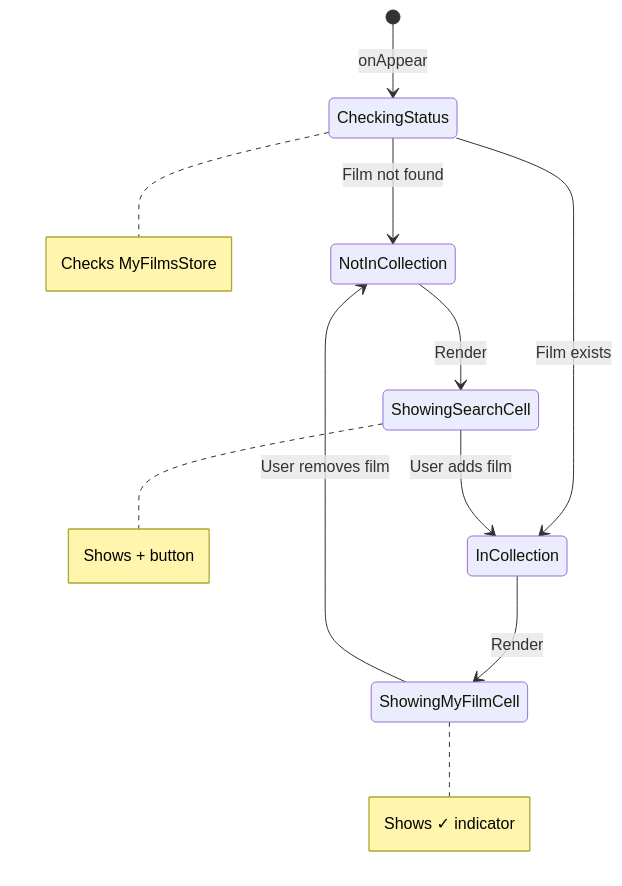
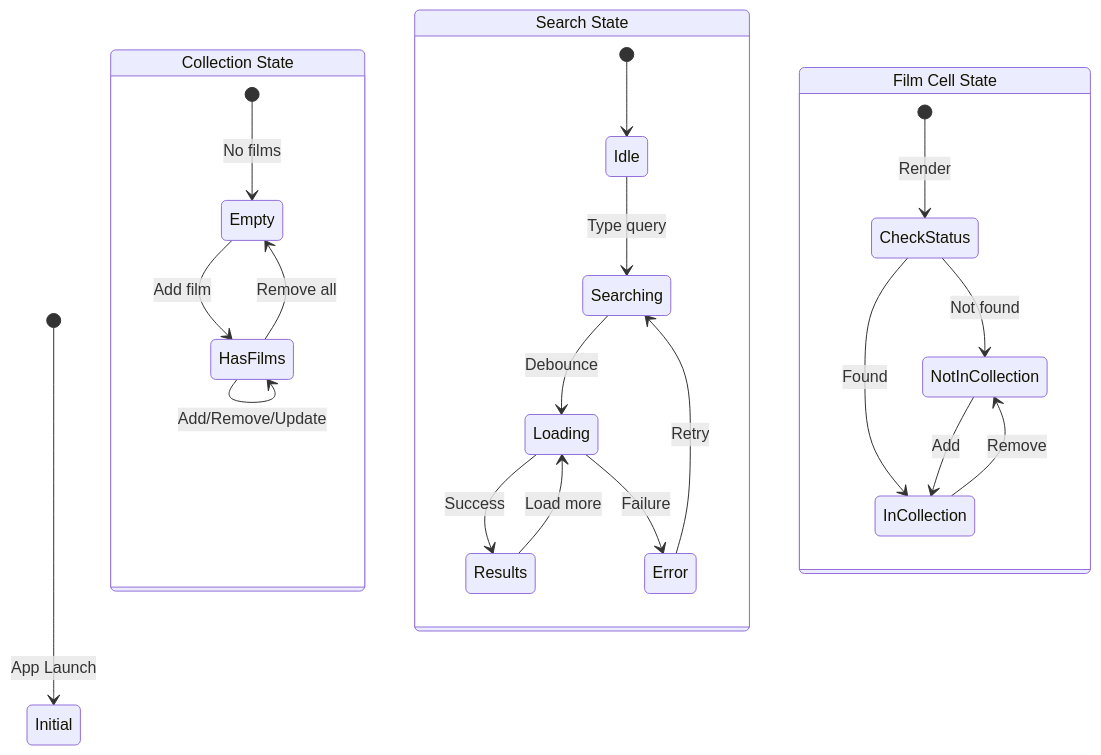
The ninth of 10 diagrams in docs/ARCHITECTURE.md (tillg/filmz2), drawn with Mermaid before and after one commit. The commit also changed other lines of this file and 2 other files, not shown here.

````diff
--- a/docs/ARCHITECTURE.md
+++ b/docs/ARCHITECTURE.md
@@ -972,16 +418,29 @@
 ```mermaid
 stateDiagram-v2
-    [*] --> CheckingStatus: onAppear
-    CheckingStatus --> NotInCollection: Film not found
-    CheckingStatus --> InCollection: Film exists
+    [*] --> Initial: App Launch
 
-    NotInCollection --> ShowingSearchCell: Render
-    InCollection --> ShowingMyFilmCell: Render
+    state "Collection State" as CS {
+        [*] --> Empty: No films
+        Empty --> HasFilms: Add film
+        HasFilms --> Empty: Remove all
+        HasFilms --> HasFilms: Add/Remove/Update
+    }
 
-    ShowingSearchCell --> InCollection: User adds film
-    ShowingMyFilmCell --> NotInCollection: User removes film
+    state "Search State" as SS {
+        [*] --> Idle
+        Idle --> Searching: Type query
+        Searching --> Loading: Debounce
+        Loading --> Results: Success
+        Loading --> Error: Failure
+        Results --> Loading: Load more
+        Error --> Searching: Retry
+    }
 
-    note right of CheckingStatus: Checks MyFilmsStore
-    note right of ShowingSearchCell: Shows + button
-    note right of ShowingMyFilmCell: Shows ✓ indicator
+    state "Film Cell State" as FCS {
+        [*] --> CheckStatus: Render
+        CheckStatus --> NotInCollection: Not found
+        CheckStatus --> InCollection: Found
+        NotInCollection --> InCollection: Add
+        InCollection --> NotInCollection: Remove
+    }
 ```
````
